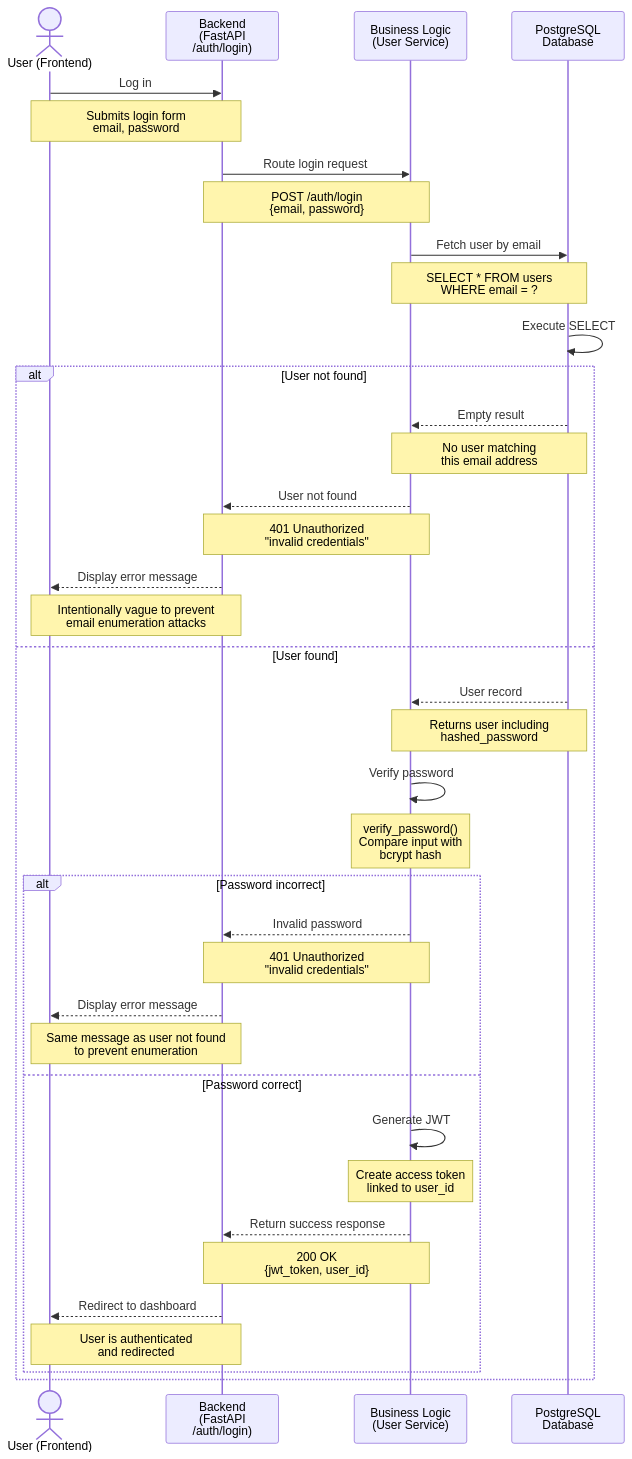
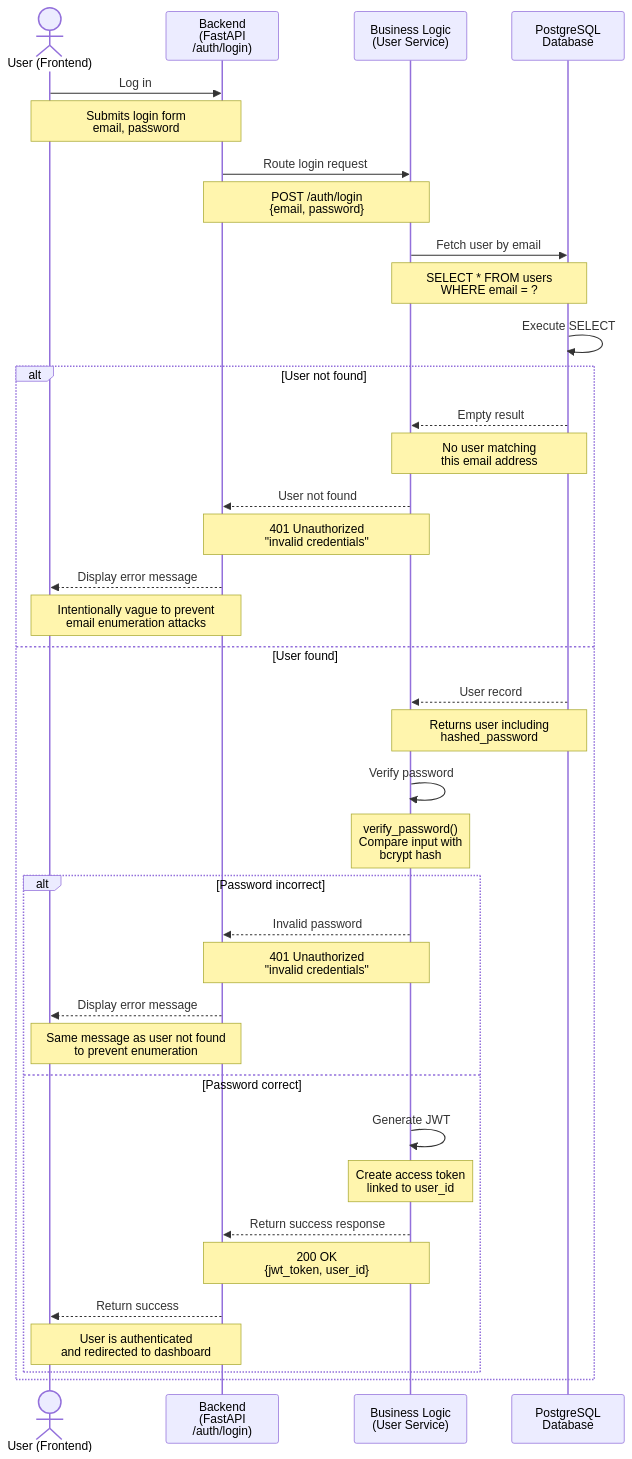
One commit to FelixBesancon/holbertonschool-CineMood changed the second of 5 diagrams in docs/SequenceDiagrams.md. Above: the diagram before and after it, drawn with Mermaid. The commit also changed other lines of this file, not shown here.

First line of the commit message:
Clarify actor roles and add recommendation flow

````diff
--- a/docs/SequenceDiagrams.md
+++ b/docs/SequenceDiagrams.md
@@ -120,47 +120,47 @@
 ```mermaid
 sequenceDiagram
     actor User as User (Frontend)
     participant Back as Backend<br>(FastAPI<br>/auth/login)
     participant BL as Business Logic<br>(User Service)
     participant DB as PostgreSQL<br>Database
 
     User->>Back: Log in
     Note over User,Back: Submits login form<br>email, password
 
     Back->>BL: Route login request
     Note over Back,BL: POST /auth/login<br>{email, password}
 
     BL->>DB: Fetch user by email
     Note over BL,DB: SELECT * FROM users<br>WHERE email = ?
 
     DB->>DB: Execute SELECT
 
     alt User not found
         DB-->>BL: Empty result
         Note over DB,BL: No user matching<br>this email address
         BL-->>Back: User not found
         Note over BL,Back: 401 Unauthorized<br>"invalid credentials"
         Back-->>User: Display error message
         Note over Back,User: Intentionally vague to prevent<br>email enumeration attacks
     else User found
         DB-->>BL: User record
         Note over DB,BL: Returns user including<br>hashed_password
 
         BL->>BL: Verify password
         Note over BL: verify_password()<br>Compare input with<br>bcrypt hash
 
         alt Password incorrect
             BL-->>Back: Invalid password
             Note over BL,Back: 401 Unauthorized<br>"invalid credentials"
             Back-->>User: Display error message
             Note over Back,User: Same message as user not found<br>to prevent enumeration
         else Password correct
             BL->>BL: Generate JWT
             Note over BL: Create access token<br>linked to user_id
             BL-->>Back: Return success response
             Note over BL,Back: 200 OK<br>{jwt_token, user_id}
-            Back-->>User: Redirect to dashboard
-            Note over Back,User: User is authenticated<br>and redirected
+            Back-->>User: Return success
+            Note over Back,User: User is authenticated<br>and redirected to dashboard
         end
     end
 ```
````
